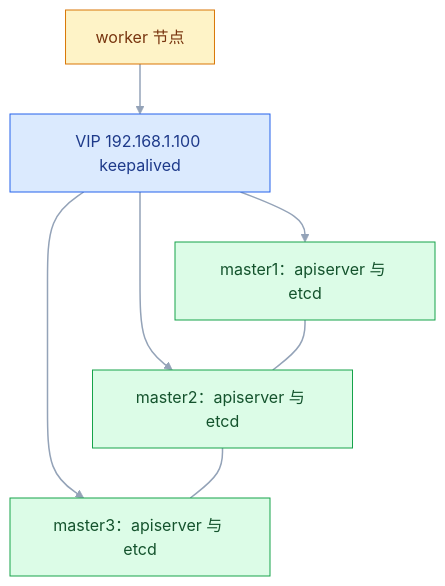
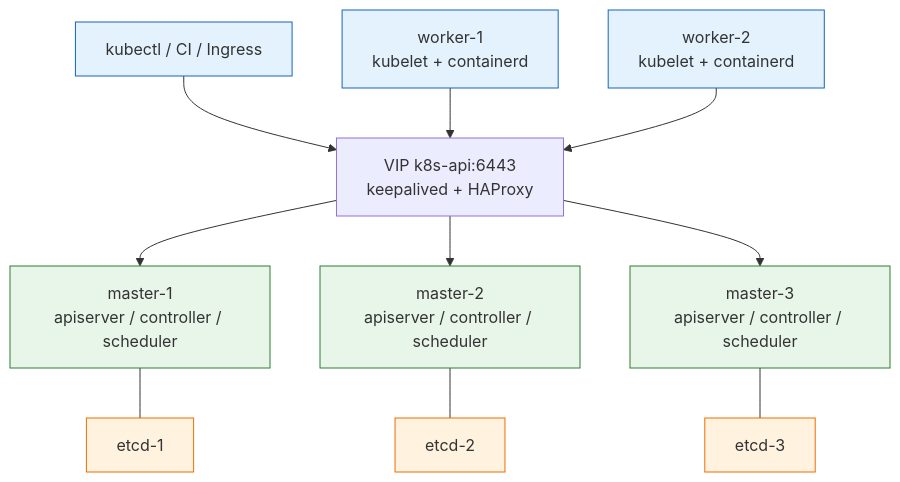
One commit to jimbosuper/studynotes changed the third of 4 diagrams in blog/src/notes/07-运维/03-容器与编排/04-Kubernetes集群搭建.md. Above: the diagram before and after it, drawn with Mermaid. The commit also changed other lines of this file and 367 other files, not shown here.

````diff
--- a/blog/src/notes/07-运维/03-容器与编排/04-Kubernetes集群搭建.md
+++ b/blog/src/notes/07-运维/03-容器与编排/04-Kubernetes集群搭建.md
@@ -646,20 +762,18 @@
 ```mermaid
-flowchart TD
-    classDef client fill:#DBEAFE,stroke:#2563EB,color:#1E3A8A
-    classDef service fill:#DCFCE7,stroke:#16A34A,color:#14532D
-    classDef data fill:#FEF3C7,stroke:#D97706,color:#78350F
-
-    LB["VIP 192.168.1.100 keepalived"]:::client
-    M1["master1：apiserver 与 etcd"]:::service
-    M2["master2：apiserver 与 etcd"]:::service
-    M3["master3：apiserver 与 etcd"]:::service
-    W["worker 节点"]:::data
-
-    LB --> M1
-    LB --> M2
-    LB --> M3
-    M1 --- M2
-    M2 --- M3
-    W --> LB
-    linkStyle default stroke:#94A3B8,stroke-width:1.5px
+flowchart TB
+    C["kubectl / CI / Ingress"] --> VIP["VIP k8s-api:6443<br/>keepalived + HAProxy"]
+    VIP --> M1["master-1<br/>apiserver / controller / scheduler"]
+    VIP --> M2["master-2<br/>apiserver / controller / scheduler"]
+    VIP --> M3["master-3<br/>apiserver / controller / scheduler"]
+    M1 --- E1["etcd-1"]
+    M2 --- E2["etcd-2"]
+    M3 --- E3["etcd-3"]
+    W1["worker-1<br/>kubelet + containerd"] --> VIP
+    W2["worker-2<br/>kubelet + containerd"] --> VIP
+    classDef client fill:#e3f2fd,stroke:#1565c0;
+    classDef engine fill:#e8f5e9,stroke:#2e7d32;
+    classDef image fill:#fff3e0,stroke:#ef6c00;
+    class C,W1,W2 client
+    class M1,M2,M3 engine
+    class E1,E2,E3 image
 ```
````
